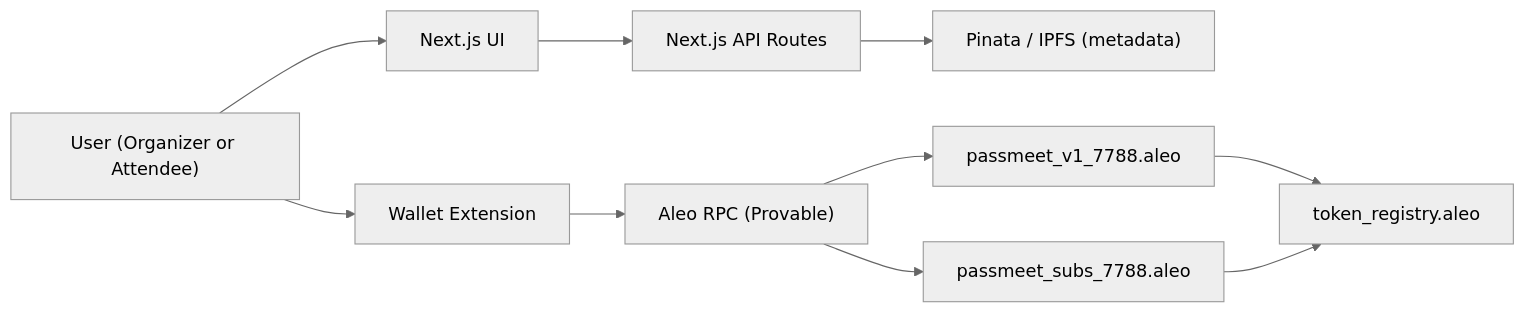
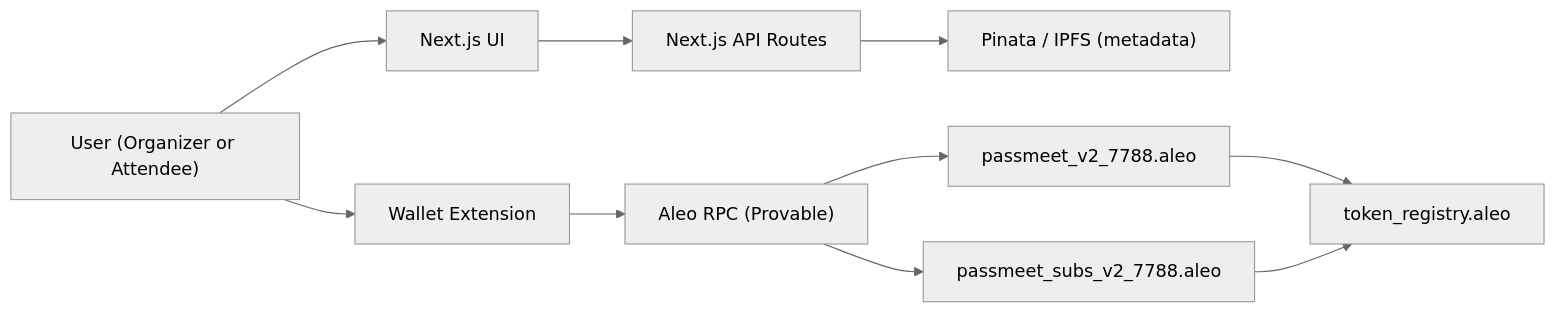
The diagram in README.md (gokudragoo/PassMeet), drawn with Mermaid (neutral theme) before and after one commit. The commit also changed other lines of this file and 12 other files, not shown here.

````diff
--- a/README.md
+++ b/README.md
@@ -64,12 +64,12 @@
 ```mermaid
 flowchart LR
   U["User (Organizer or Attendee)"] --> W["Wallet Extension"]
   U --> UI["Next.js UI"]
   UI --> API["Next.js API Routes"]
   API --> IPFS["Pinata / IPFS (metadata)"]
   W --> RPC["Aleo RPC (Provable)"]
-  RPC --> A1["passmeet_v1_7788.aleo"]
-  RPC --> A2["passmeet_subs_7788.aleo"]
+  RPC --> A1["passmeet_v2_7788.aleo"]
+  RPC --> A2["passmeet_subs_v2_7788.aleo"]
   A1 --> TR["token_registry.aleo"]
   A2 --> TR
 ```
````
